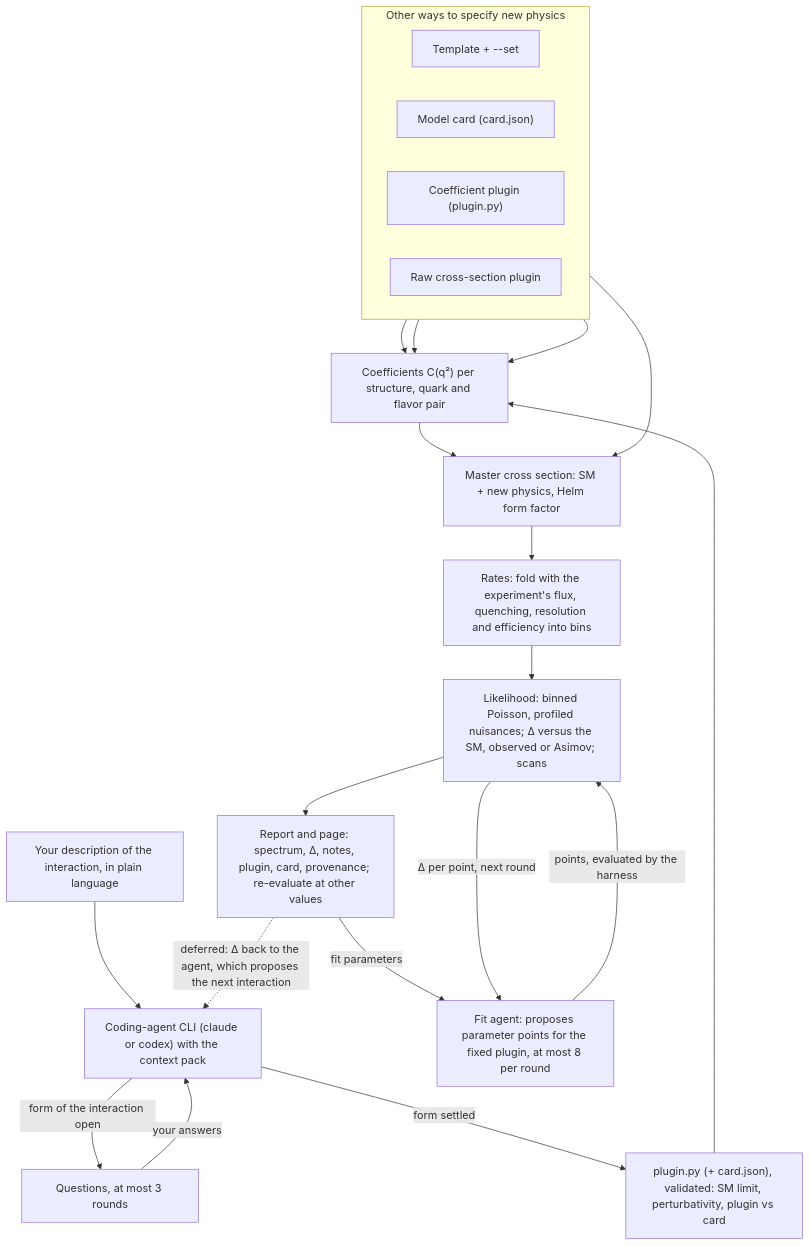
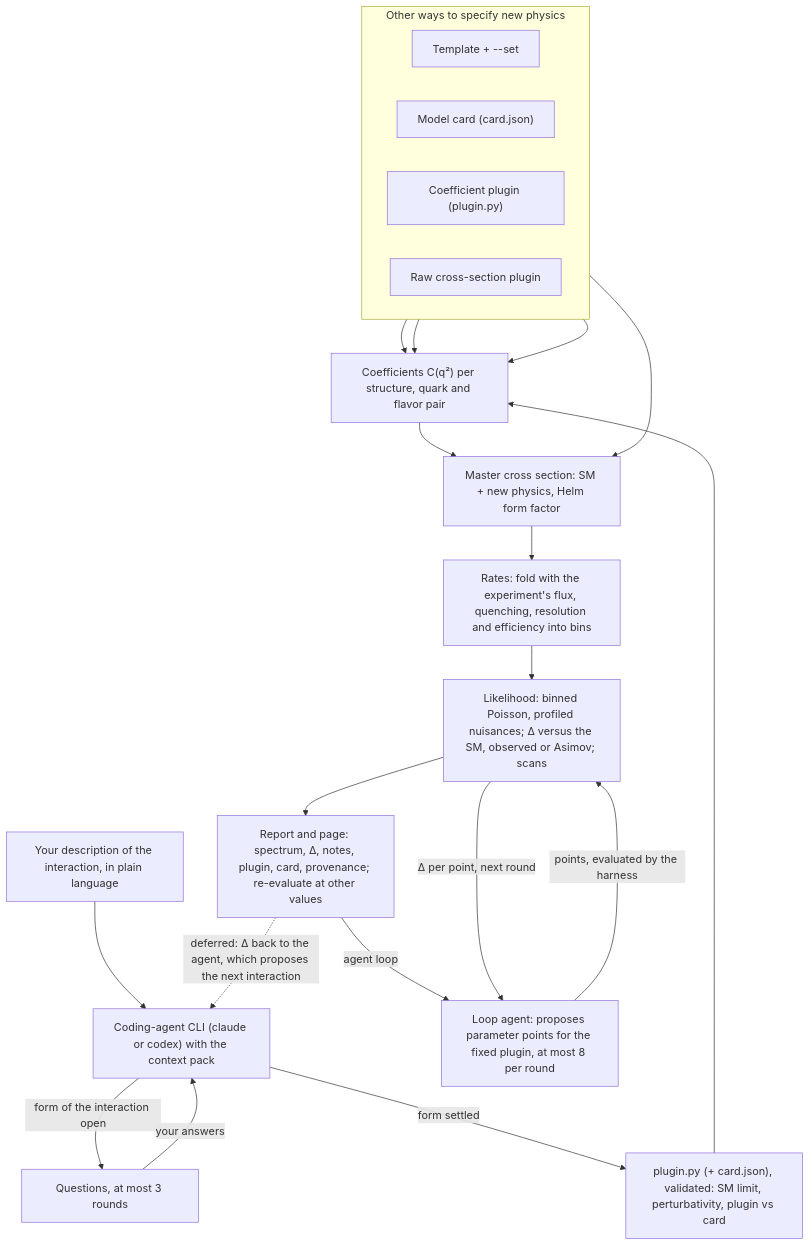
Before and after one commit to Ikaroshu/pyCEvNS: the diagram in README.md, drawn with Mermaid. The commit also changed other lines of this file and 9 other files, not shown here.

First line of the commit message:
Rename the fit to the agent loop and move it into Evaluate

````diff
--- a/README.md
+++ b/README.md
@@ -17,27 +17,27 @@
 ```mermaid
 flowchart TD
     D["Your description of the interaction, in plain language"] --> A["Coding-agent CLI (claude or codex) with the context pack"]
     A -- "form of the interaction open" --> Q["Questions, at most 3 rounds"]
     Q -- "your answers" --> A
     A -- "form settled" --> P["plugin.py (+ card.json), validated: SM limit, perturbativity, plugin vs card"]
     P --> C
     subgraph inputs ["Other ways to specify new physics"]
         direction LR
         I1["Template + --set"]
         I2["Model card (card.json)"]
         I3["Coefficient plugin (plugin.py)"]
         I4["Raw cross-section plugin"]
     end
     I1 --> C
     I2 --> C
     I3 --> C
     C["Coefficients C(q²) per structure, quark and flavor pair"] --> X["Master cross section: SM + new physics, Helm form factor"]
     I4 --> X
     X --> F["Rates: fold with the experiment's flux, quenching, resolution and efficiency into bins"]
     F --> L["Likelihood: binned Poisson, profiled nuisances; Δ versus the SM, observed or Asimov; scans"]
     L --> R["Report and page: spectrum, Δ, notes, plugin, card, provenance; re-evaluate at other values"]
-    R -- "fit parameters" --> FA["Fit agent: proposes parameter points for the fixed plugin, at most 8 per round"]
+    R -- "agent loop" --> FA["Loop agent: proposes parameter points for the fixed plugin, at most 8 per round"]
     FA -- "points, evaluated by the harness" --> L
     L -- "Δ per point, next round" --> FA
     R -. "deferred: Δ back to the agent, which proposes the next interaction" .-> A
 ```
````
